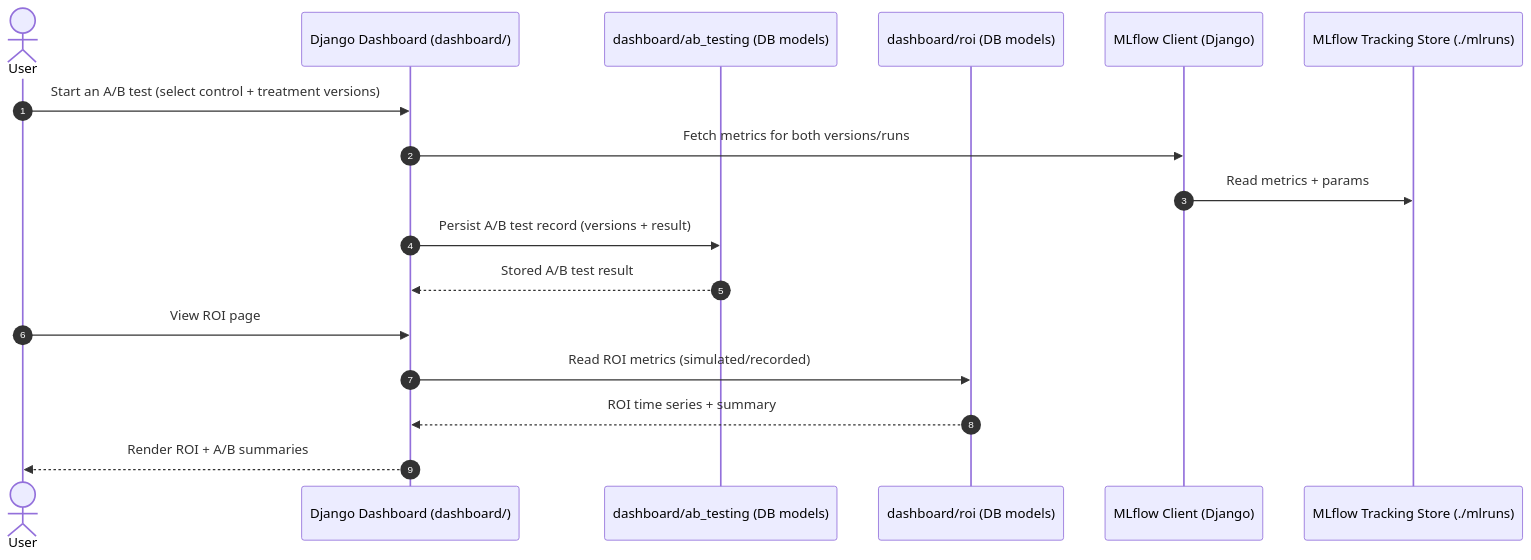
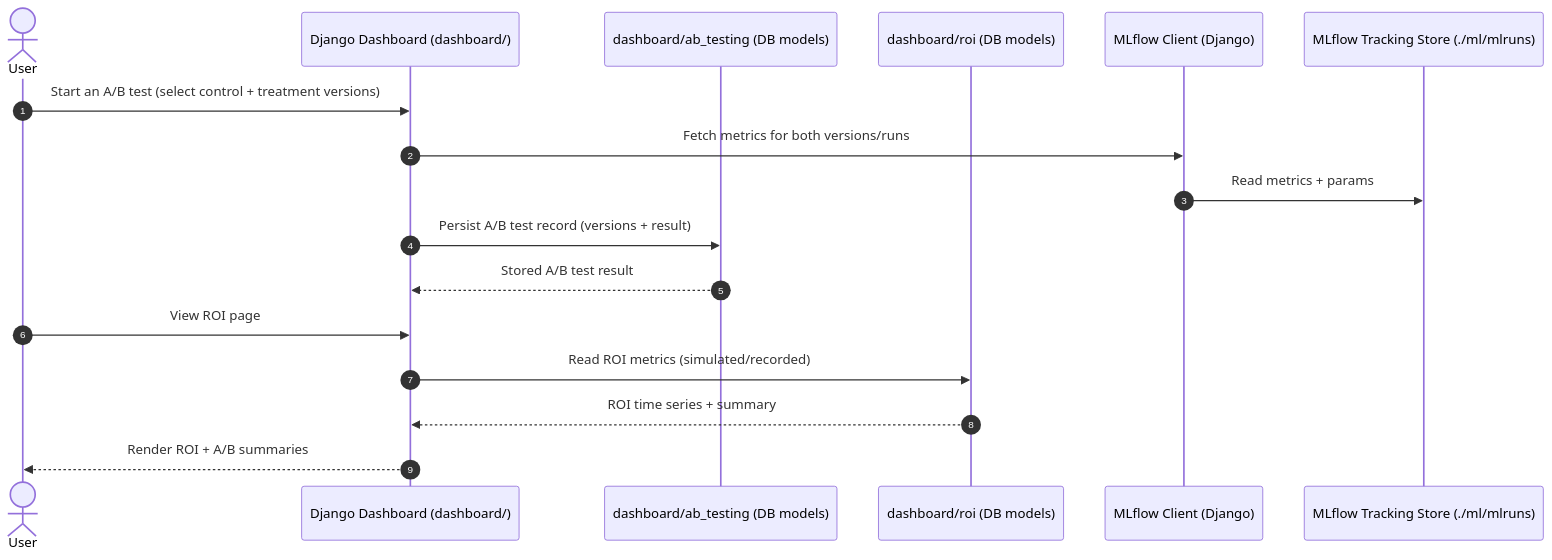
One commit to salonig90/Bm-MLOPs changed the fourth of 4 diagrams in sequence.md. Above: the diagram before and after it, drawn with Mermaid. The commit also changed other lines of this file and 7223 other files, not shown here.

````diff
--- a/sequence.md
+++ b/sequence.md
@@ -129,21 +129,21 @@
 ```mermaid
 sequenceDiagram
   autonumber
   actor User
   participant Django as Django Dashboard (dashboard/)
   participant AB as dashboard/ab_testing (DB models)
   participant ROI as dashboard/roi (DB models)
   participant MlflowClient as MLflow Client (Django)
-  participant MLflowTracking as MLflow Tracking Store (./mlruns)
+  participant MLflowTracking as MLflow Tracking Store (./ml/mlruns)
 
   User->>Django: Start an A/B test (select control + treatment versions)
   Django->>MlflowClient: Fetch metrics for both versions/runs
   MlflowClient->>MLflowTracking: Read metrics + params
   Django->>AB: Persist A/B test record (versions + result)
   AB-->>Django: Stored A/B test result
 
   User->>Django: View ROI page
   Django->>ROI: Read ROI metrics (simulated/recorded)
   ROI-->>Django: ROI time series + summary
   Django-->>User: Render ROI + A/B summaries
 ```
````
